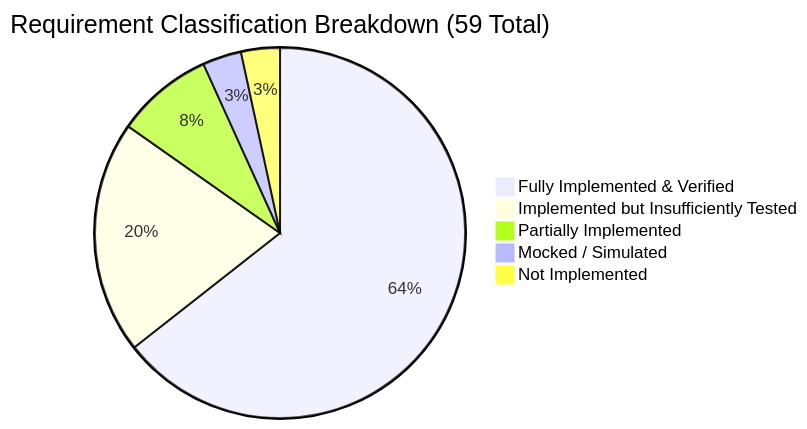
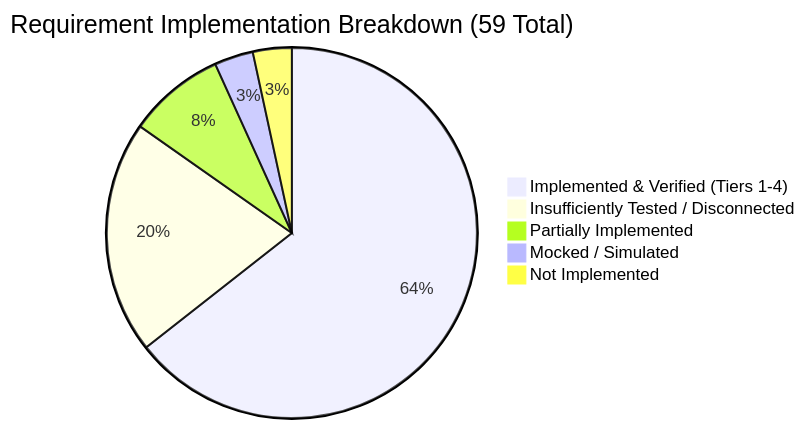
Before and after one commit to shivkantdhakre/migration-guard: the diagram in docs/audit/complete_requirement_to_code_audit.md, drawn with Mermaid. The commit also changed other lines of this file and 11 other files, not shown here.

````diff
--- a/docs/audit/complete_requirement_to_code_audit.md
+++ b/docs/audit/complete_requirement_to_code_audit.md
@@ -90,8 +84,8 @@
 ```mermaid
-pie title Requirement Classification Breakdown (59 Total)
-    "Fully Implemented & Verified" : 38
-    "Implemented but Insufficiently Tested" : 12
+pie title Requirement Implementation Breakdown (59 Total)
+    "Implemented & Verified (Tiers 1-4)" : 38
+    "Insufficiently Tested / Disconnected" : 12
     "Partially Implemented" : 5
     "Mocked / Simulated" : 2
     "Not Implemented" : 2
 ```
````
